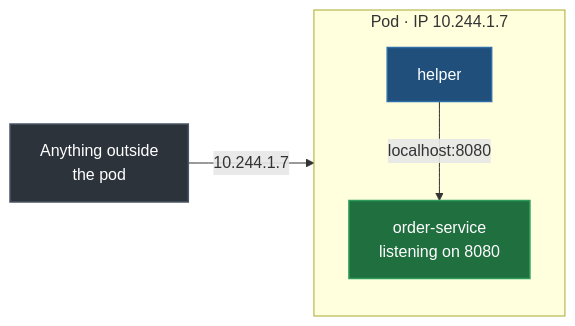
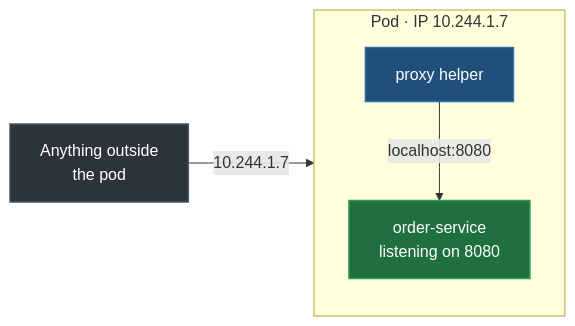
One commit to Dummy-Bug/Devops changed the fourth of 5 diagrams in 08-Kubernetes/03-Pods.md. Above: the diagram before and after it, drawn with Mermaid. The commit also changed other lines of this file and 13 other files, not shown here.

````diff
--- a/08-Kubernetes/03-Pods.md
+++ b/08-Kubernetes/03-Pods.md
@@ -93,15 +136,15 @@
 ```mermaid
 flowchart LR
     subgraph POD["Pod · IP 10.244.1.7"]
         APP["order-service<br/>listening on 8080"]
-        HLP["helper"]
+        HLP["proxy helper"]
     end
     HLP -->|"localhost:8080"| APP
     OUT["Anything outside<br/>the pod"] -->|"10.244.1.7"| POD
     classDef mech fill:#1f4f7a,stroke:#2f6ea6,stroke-width:1.5px,color:#fff
     classDef good fill:#1f6f3f,stroke:#2e9c5a,stroke-width:1.5px,color:#fff
     classDef actor fill:#2d333b,stroke:#4b5563,stroke-width:1.5px,color:#fff
     class APP good
     class HLP mech
     class OUT actor
 ```
````
